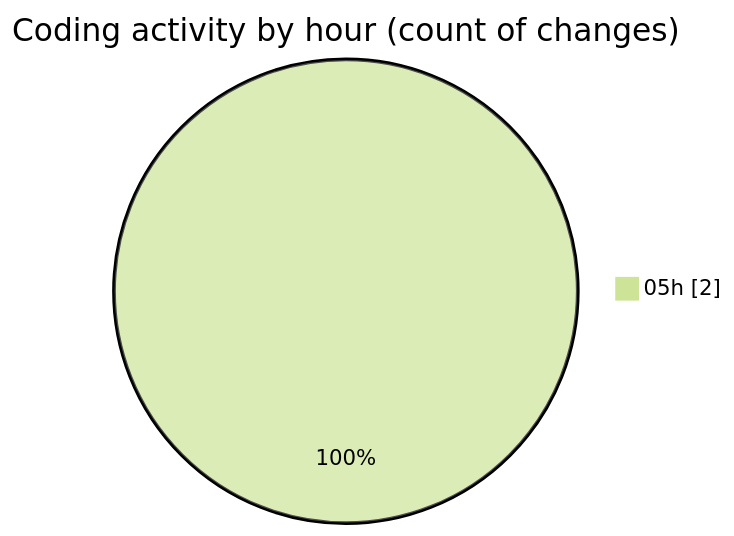
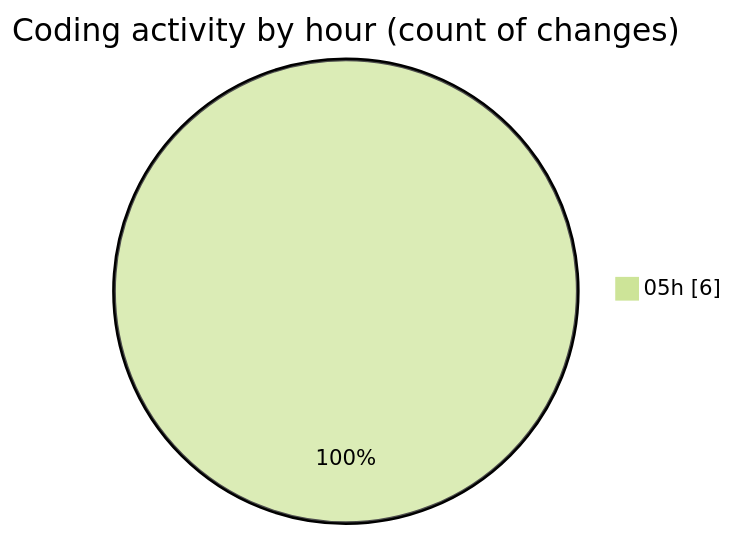
The second of 2 diagrams in 2025-09-06/shop/README.md (vahidmafi/code-tracking), drawn with Mermaid (forest theme) before and after one commit. The commit also changed other lines of this file and 1 other file, not shown here.

````diff
--- a/2025-09-06/shop/README.md
+++ b/2025-09-06/shop/README.md
@@ -28,5 +30,5 @@
 ```mermaid
 pie showData
 title Coding activity by hour (count of changes)
-"05h" : 2
+"05h" : 6
 ```
````
